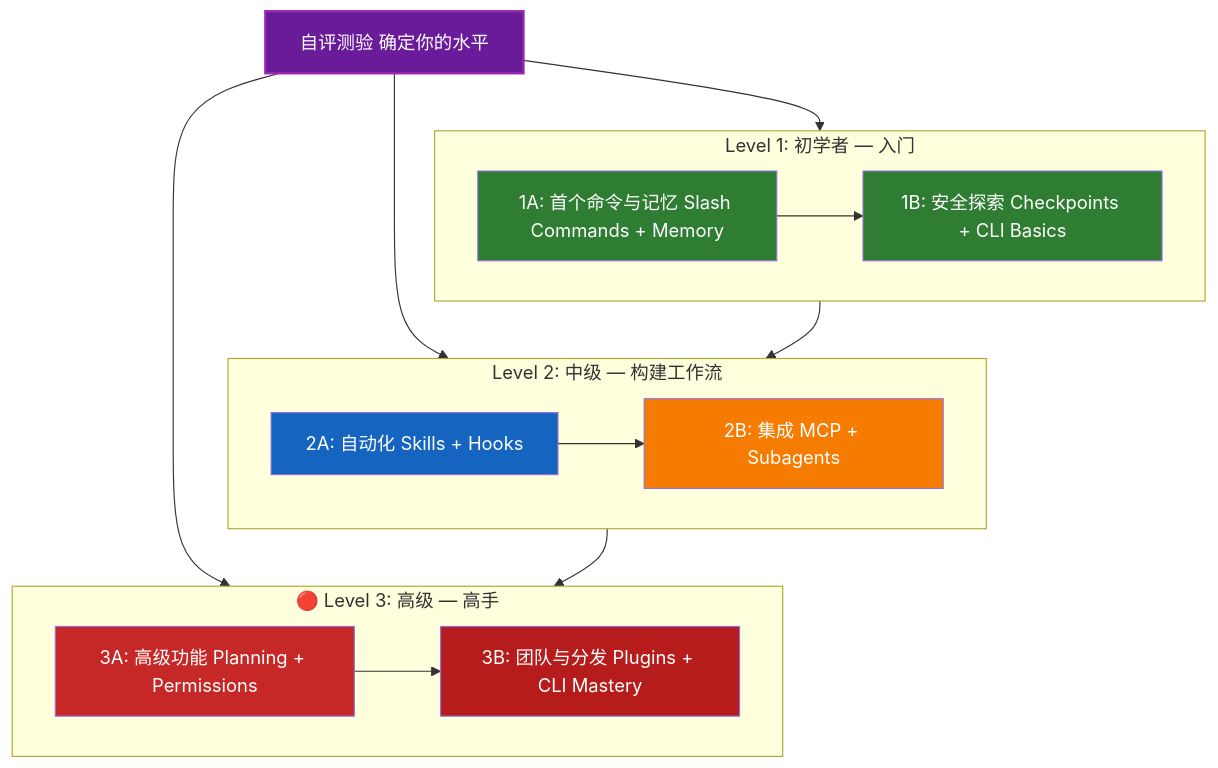
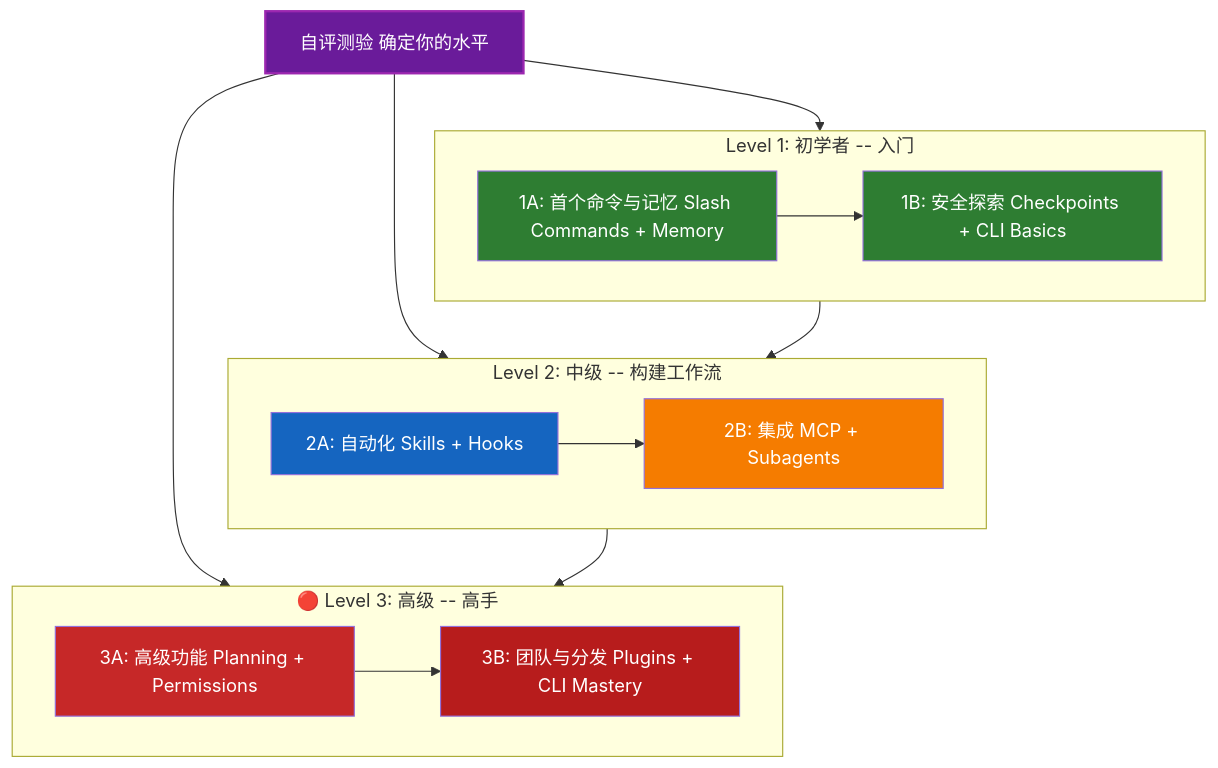
The diagram in claude-howto-zh/LEARNING-ROADMAP.md (Rx782-Fss/claude-howto-zh), drawn with Mermaid before and after one commit. The commit also changed other lines of this file and 144 other files, not shown here.

````diff
--- a/claude-howto-zh/LEARNING-ROADMAP.md
+++ b/claude-howto-zh/LEARNING-ROADMAP.md
@@ -55,32 +55,32 @@
 ```mermaid
 graph TD
     Q[" 自评测验 确定你的水平"] --> L1
     Q --> L2
     Q --> L3
 
-    subgraph L1[" Level 1: 初学者 — 入门"]
+    subgraph L1[" Level 1: 初学者 -- 入门"]
         direction LR
         A["1A: 首个命令与记忆 Slash Commands + Memory"] --> B["1B: 安全探索 Checkpoints + CLI Basics"]
     end
 
-    subgraph L2[" Level 2: 中级 — 构建工作流"]
+    subgraph L2[" Level 2: 中级 -- 构建工作流"]
         direction LR
         C["2A: 自动化 Skills + Hooks"] --> D["2B: 集成 MCP + Subagents"]
     end
 
-    subgraph L3["🔴 Level 3: 高级 — 高手"]
+    subgraph L3["🔴 Level 3: 高级 -- 高手"]
         direction LR
         E["3A: 高级功能 Planning + Permissions"] --> F["3B: 团队与分发 Plugins + CLI Mastery"]
     end
 
     L1 --> L2
     L2 --> L3
 
     style Q fill:#6A1B9A,color:#fff,stroke:#9C27B0,stroke-width:2px
     style A fill:#2E7D32,color:#fff
     style B fill:#2E7D32,color:#fff
     style C fill:#1565C0,color:#fff
     style D fill:#F57C00,color:#fff
     style E fill:#C62828,color:#fff
     style F fill:#B71C1C,color:#fff
 ```
````
